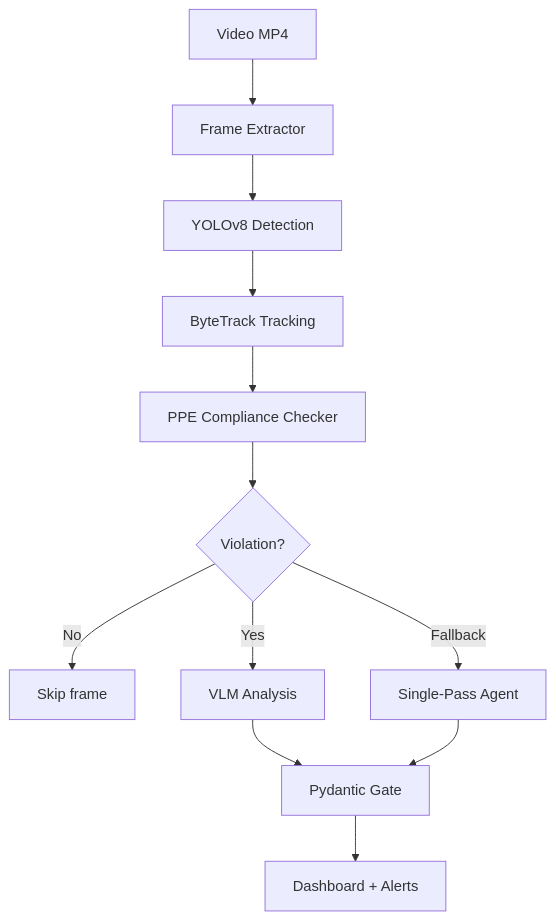
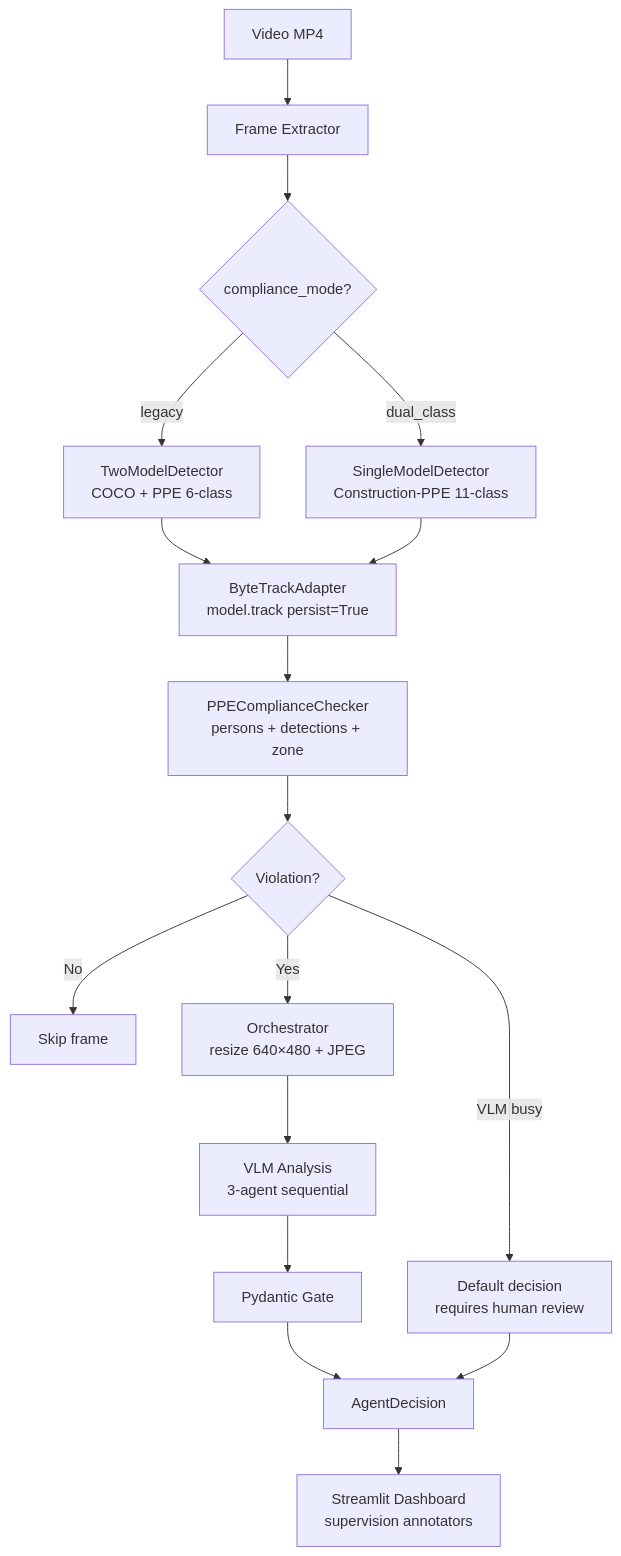
Before and after one commit to yechua-silva/munin: the diagram in README.md, drawn with Mermaid. The commit also changed other lines of this file and 6 other files, not shown here.

````diff
--- a/README.md
+++ b/README.md
@@ -27,14 +24,19 @@
 ```mermaid
 flowchart TB
     A[Video MP4] --> B[Frame Extractor]
-    B --> C[YOLOv8 Detection]
-    C --> D[ByteTrack Tracking]
-    D --> E[PPE Compliance Checker]
-    E --> F{Violation?}
-    F -->|No| G[Skip frame]
-    F -->|Yes| H[VLM Analysis]
-    H --> I[Pydantic Gate]
-    I --> J[Dashboard + Alerts]
-    F -->|Fallback| K[Single-Pass Agent]
-    K --> I
+    B --> C{compliance_mode?}
+    C -->|legacy| D[TwoModelDetector<br/>COCO + PPE 6-class]
+    C -->|dual_class| E[SingleModelDetector<br/>Construction-PPE 11-class]
+    D --> F[ByteTrackAdapter<br/>model.track persist=True]
+    E --> F
+    F --> G[PPEComplianceChecker<br/>persons + detections + zone]
+    G --> H{Violation?}
+    H -->|No| I[Skip frame]
+    H -->|Yes| J[Orchestrator<br/>resize 640×480 + JPEG]
+    J --> K[VLM Analysis<br/>3-agent sequential]
+    K --> L[Pydantic Gate]
+    L --> M[AgentDecision]
+    H -->|VLM busy| N[Default decision<br/>requires human review]
+    N --> M
+    M --> O[Streamlit Dashboard<br/>supervision annotators]
 ```
````
